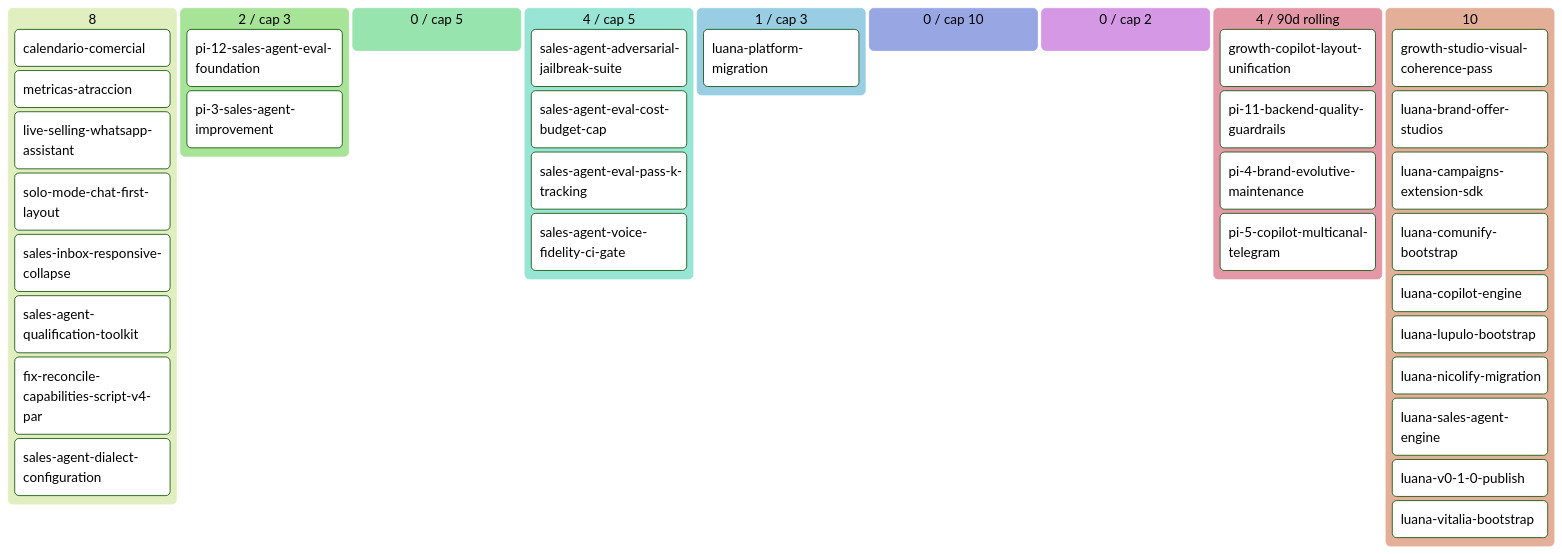
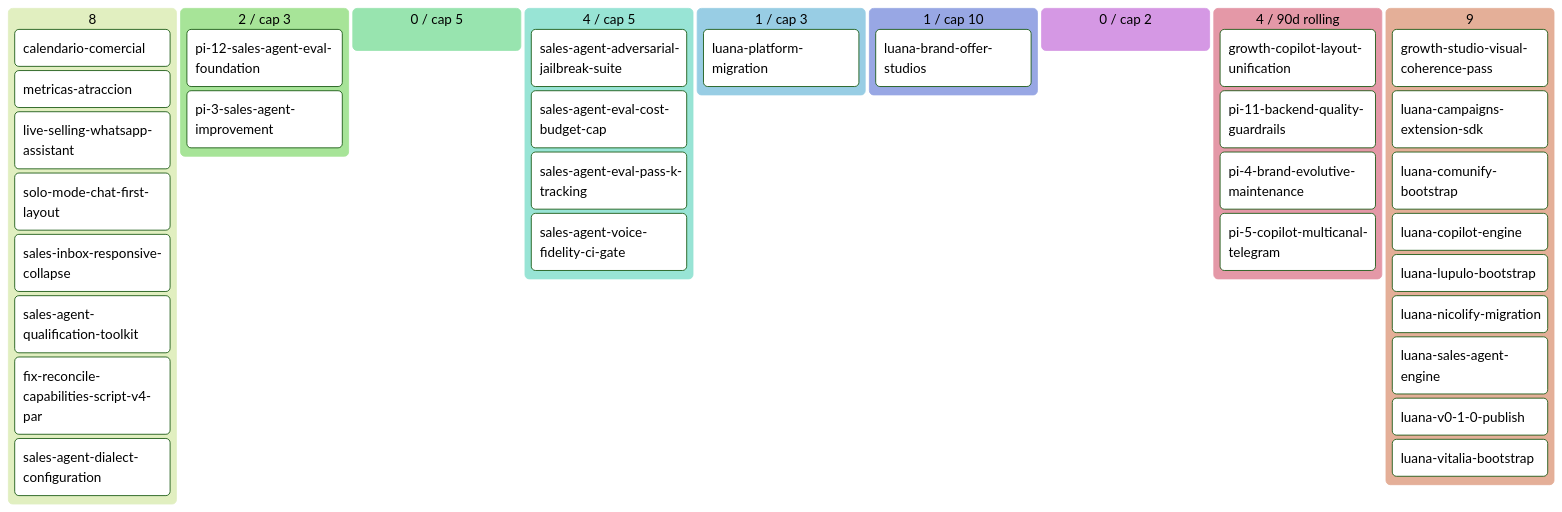
Before and after one commit to alpacapurpura/ap_sales_agent: the diagram in docs/product/BACKLOG.md, drawn with Mermaid (forest theme). The commit also changed other lines of this file and 44 other files, not shown here.

````diff
--- a/docs/product/BACKLOG.md
+++ b/docs/product/BACKLOG.md
@@ -67,41 +66,41 @@
 ```mermaid
 kanban
   💡 Ideas (8)
     calendario-comercial[calendario-comercial]
     metricas-atraccion[metricas-atraccion]
     live-selling-whatsapp-assistan[live-selling-whatsapp-assistant]
     solo-mode-chat-first-layout[solo-mode-chat-first-layout]
     sales-inbox-responsive-collaps[sales-inbox-responsive-collapse]
     sales-agent-qualification-tool[sales-agent-qualification-toolkit]
     fix-reconcile-capabilities-scr[fix-reconcile-capabilities-script-v4-par]
     sales-agent-dialect-configurat[sales-agent-dialect-configuration]
   🔬 Refining (2 / cap 3)
     pi-12-sales-agent-eval-foundat[pi-12-sales-agent-eval-foundation]
     pi-3-sales-agent-improvement[pi-3-sales-agent-improvement]
   ✅ Refined (0 / cap 5)
   📦 Ready (4 / cap 5)
     sales-agent-adversarial-jailbr[sales-agent-adversarial-jailbreak-suite]
     sales-agent-eval-cost-budget-c[sales-agent-eval-cost-budget-cap]
     sales-agent-eval-pass-k-tracki[sales-agent-eval-pass-k-tracking]
     sales-agent-voice-fidelity-ci-[sales-agent-voice-fidelity-ci-gate]
   🔨 Developing (1 / cap 3)
     luana-platform-migration[luana-platform-migration]
-  🧪 Developed (0 / cap 10)
+  🧪 Developed (1 / cap 10)
+    luana-brand-offer-studios[luana-brand-offer-studios]
   🔍 Reviewing (0 / cap 2)
   ✅ Done (4 / 90d rolling)
     growth-copilot-layout-unificat[growth-copilot-layout-unification]
     pi-11-backend-quality-guardrai[pi-11-backend-quality-guardrails]
     pi-4-brand-evolutive-maintenan[pi-4-brand-evolutive-maintenance]
     pi-5-copilot-multicanal-telegr[pi-5-copilot-multicanal-telegram]
-  🅿 Parked (10)
+  🅿 Parked (9)
     growth-studio-visual-coherence[growth-studio-visual-coherence-pass]
-    luana-brand-offer-studios[luana-brand-offer-studios]
     luana-campaigns-extension-sdk[luana-campaigns-extension-sdk]
     luana-comunify-bootstrap[luana-comunify-bootstrap]
     luana-copilot-engine[luana-copilot-engine]
     luana-lupulo-bootstrap[luana-lupulo-bootstrap]
     luana-nicolify-migration[luana-nicolify-migration]
     luana-sales-agent-engine[luana-sales-agent-engine]
     luana-v0-1-0-publish[luana-v0-1-0-publish]
     luana-vitalia-bootstrap[luana-vitalia-bootstrap]
 ```
````
